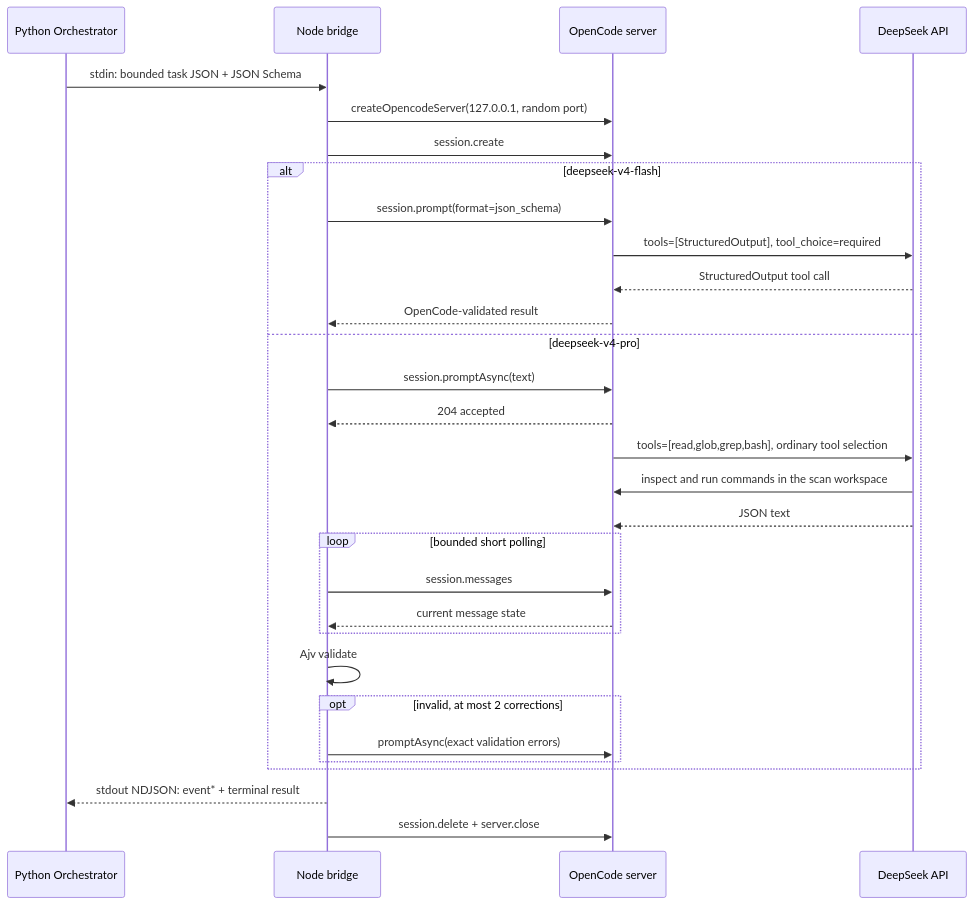
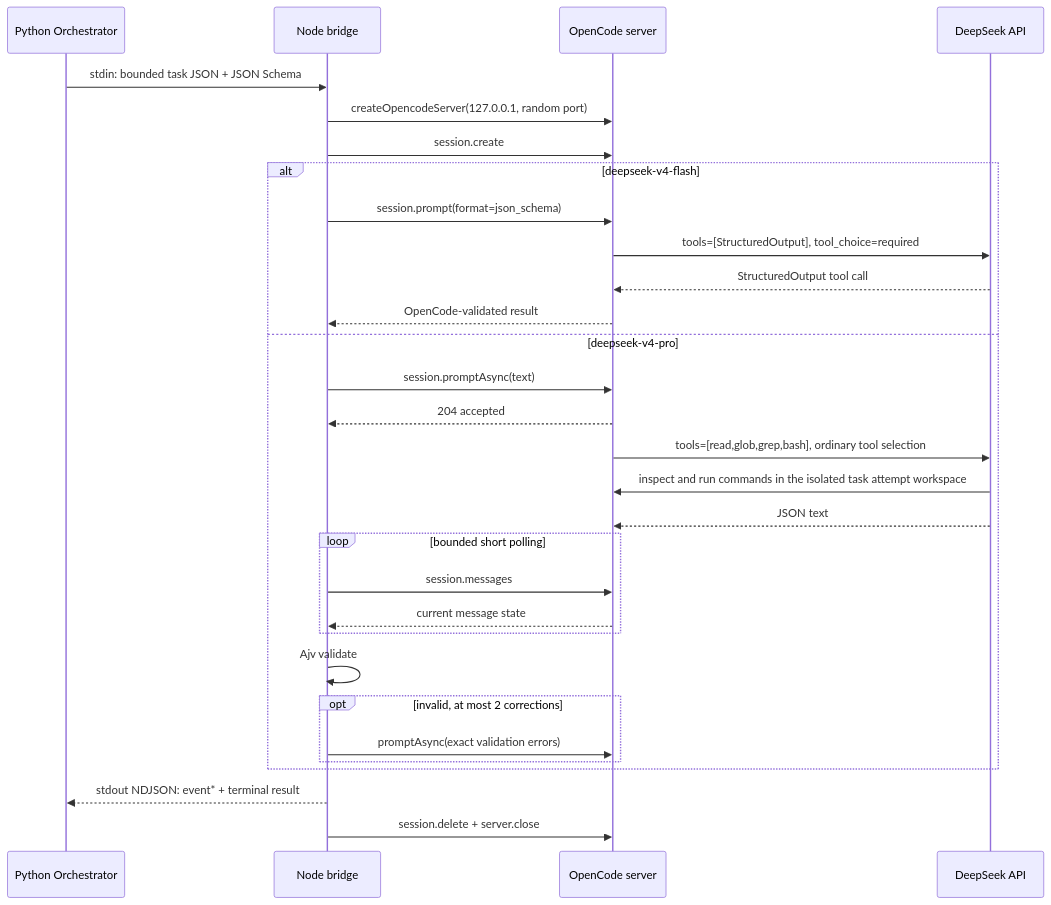
Before and after one commit to Nijika0529/ApkScanner: the diagram in docs/opencode-deepseek.zh-CN.md, drawn with Mermaid. The commit also changed other lines of this file and 15 other files, not shown here.

````diff
--- a/docs/opencode-deepseek.zh-CN.md
+++ b/docs/opencode-deepseek.zh-CN.md
@@ -52,33 +52,33 @@
 ```mermaid
 sequenceDiagram
     participant P as Python Orchestrator
     participant W as Node bridge
     participant O as OpenCode server
     participant D as DeepSeek API
 
     P->>W: stdin: bounded task JSON + JSON Schema
     W->>O: createOpencodeServer(127.0.0.1, random port)
     W->>O: session.create
     alt deepseek-v4-flash
         W->>O: session.prompt(format=json_schema)
         O->>D: tools=[StructuredOutput], tool_choice=required
         D-->>O: StructuredOutput tool call
         O-->>W: OpenCode-validated result
     else deepseek-v4-pro
         W->>O: session.promptAsync(text)
         O-->>W: 204 accepted
         O->>D: tools=[read,glob,grep,bash], ordinary tool selection
-        D->>O: inspect and run commands in the scan workspace
+        D->>O: inspect and run commands in the isolated task attempt workspace
         D-->>O: JSON text
         loop bounded short polling
             W->>O: session.messages
             O-->>W: current message state
         end
         W->>W: Ajv validate
         opt invalid, at most 2 corrections
             W->>O: promptAsync(exact validation errors)
         end
     end
     W-->>P: stdout NDJSON: event* + terminal result
     W->>O: session.delete + server.close
 ```
````
